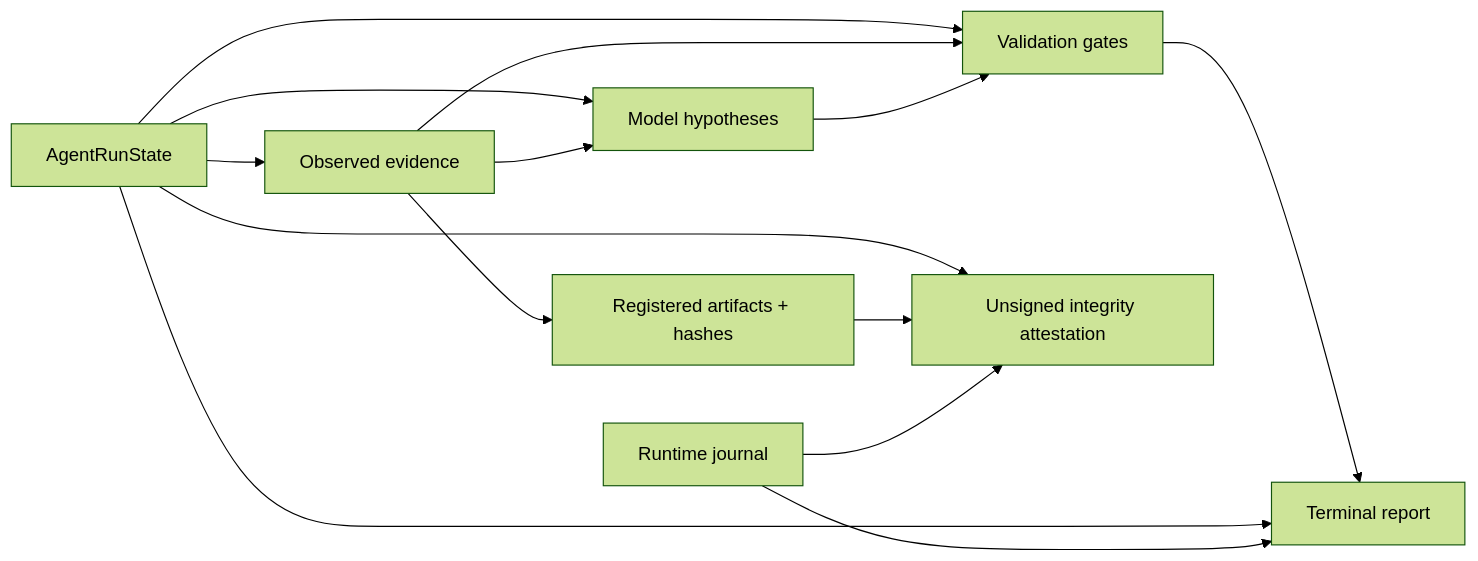
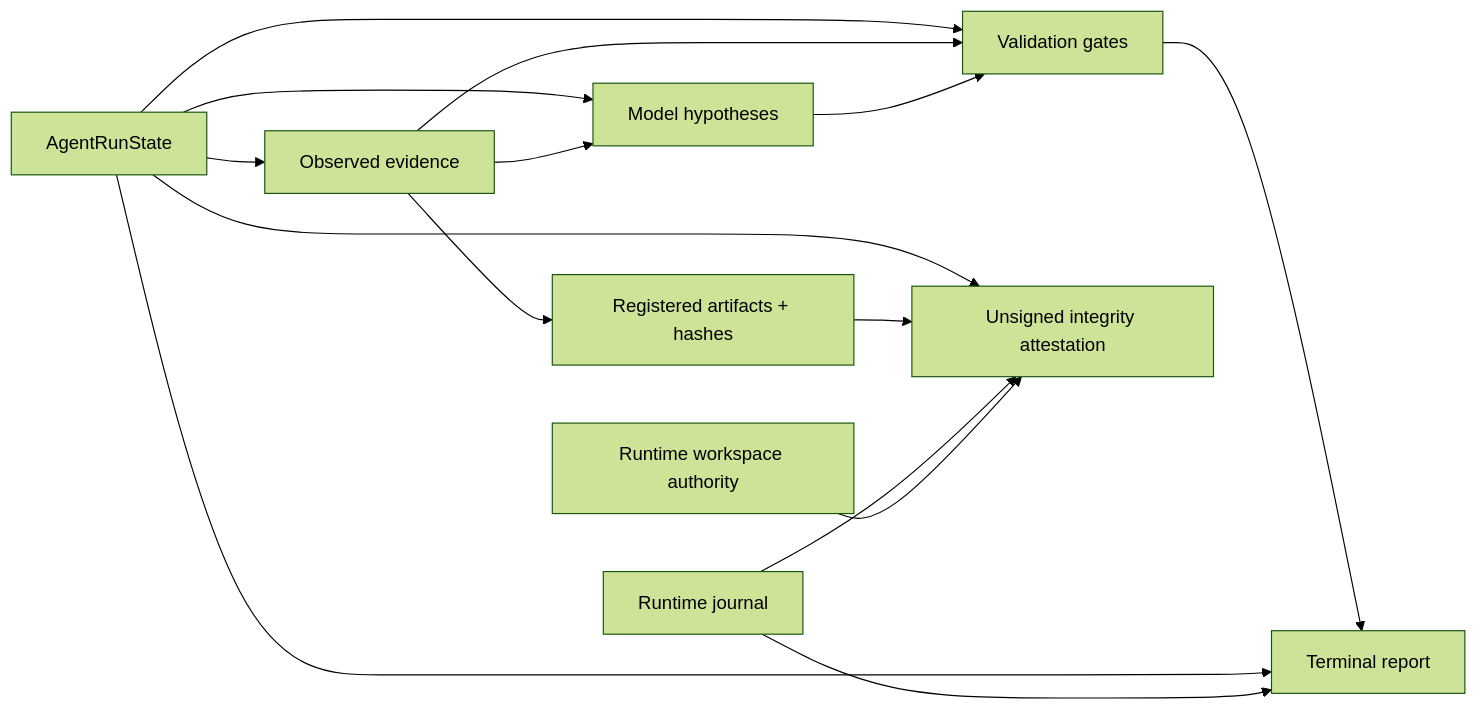
One commit to portyu9/ai-qa-automation changed the diagram in docs/TRACEABILITY.md. Above: the diagram before and after it, drawn with Mermaid (forest theme). The commit also changed other lines of this file, not shown here.

Commit message:
Reconcile lineage and attestation authority documentation

````diff
--- a/docs/TRACEABILITY.md
+++ b/docs/TRACEABILITY.md
@@ -16,28 +16,30 @@
 ```mermaid
 flowchart LR
     accTitle: Run traceability from observed evidence and validation lineage to terminal report and unsigned integrity attestation
-    accDescr: Agent run state links to observed evidence, model hypotheses, validation gates, and the terminal report. Evidence links to registered artifacts and validation, while the runtime journal also contributes to the report. Run state, artifact hashes, and journal integrity feed a separate unsigned integrity attestation.
+    accDescr: Agent run state links to observed evidence, model hypotheses, validation gates, and the terminal report. Evidence links to registered artifacts and validation, while the runtime journal also contributes to the report. Run state, runtime workspace authority, artifact hashes, and journal integrity feed a separate unsigned integrity attestation.
 
     R[AgentRunState]
     E[Observed evidence]
     A[Registered artifacts + hashes]
     H[Model hypotheses]
     V[Validation gates]
     J[Runtime journal]
+    W[Runtime workspace authority]
     T[Terminal report]
     I[Unsigned integrity attestation]
 
     R --> E
     R --> H
     R --> V
     E --> A
     E --> H
     E --> V
     H --> V
     V --> T
     R --> T
     J --> T
     R --> I
     A --> I
     J --> I
+    W --> I
 ```
````
